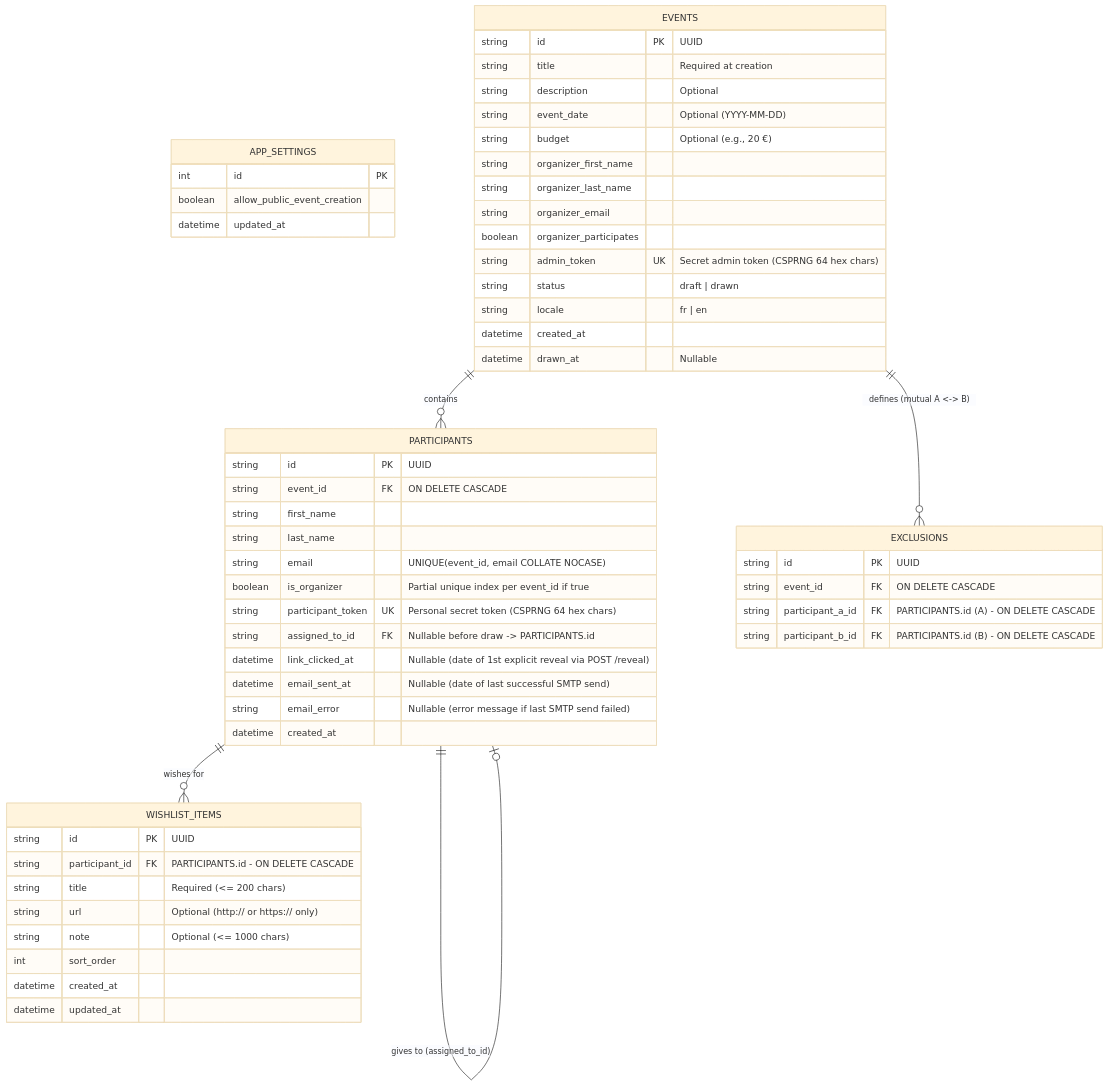
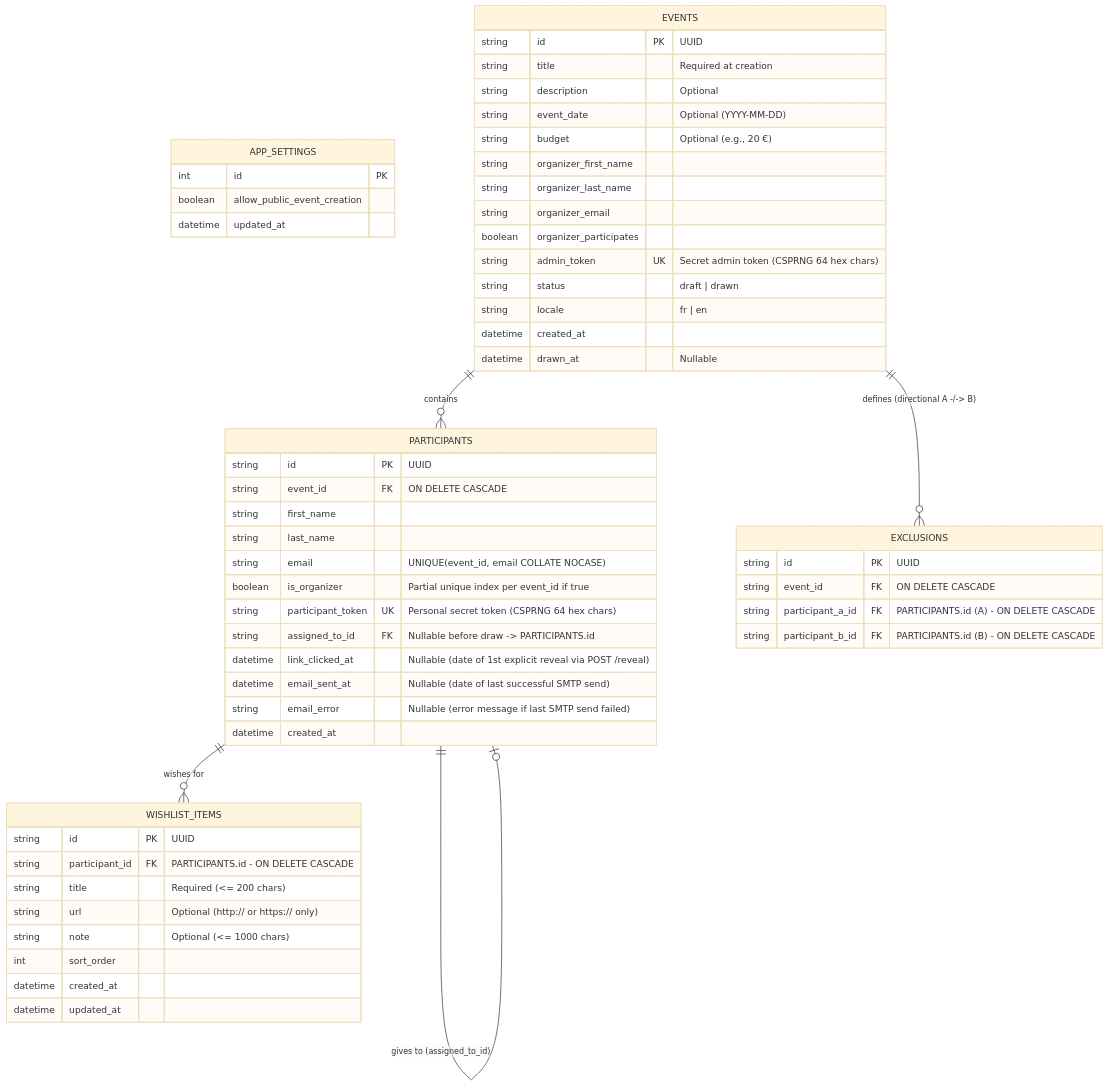
The second of 3 diagrams in SPECIFICATION.md (thom-latt/secret-santa), drawn with Mermaid (base theme) before and after one commit. The commit also changed other lines of this file and 12 other files, not shown here.

First line of the commit message:
feat(exclusions): make exclusions directional with optional reciprocal

````diff
--- a/SPECIFICATION.md
+++ b/SPECIFICATION.md
@@ -64,63 +64,63 @@
 ```mermaid
 erDiagram
     APP_SETTINGS {
         int id PK
         boolean allow_public_event_creation
         datetime updated_at
     }
 
     EVENTS {
         string id PK "UUID"
         string title "Required at creation"
         string description "Optional"
         string event_date "Optional (YYYY-MM-DD)"
         string budget "Optional (e.g., 20 €)"
         string organizer_first_name
         string organizer_last_name
         string organizer_email
         boolean organizer_participates
         string admin_token UK "Secret admin token (CSPRNG 64 hex chars)"
         string status "draft | drawn"
         string locale "fr | en"
         datetime created_at
         datetime drawn_at "Nullable"
     }
 
     PARTICIPANTS {
         string id PK "UUID"
         string event_id FK "ON DELETE CASCADE"
         string first_name
         string last_name
         string email "UNIQUE(event_id, email COLLATE NOCASE)"
         boolean is_organizer "Partial unique index per event_id if true"
         string participant_token UK "Personal secret token (CSPRNG 64 hex chars)"
         string assigned_to_id FK "Nullable before draw -> PARTICIPANTS.id"
         datetime link_clicked_at "Nullable (date of 1st explicit reveal via POST /reveal)"
         datetime email_sent_at "Nullable (date of last successful SMTP send)"
         string email_error "Nullable (error message if last SMTP send failed)"
         datetime created_at
     }
 
     EXCLUSIONS {
         string id PK "UUID"
         string event_id FK "ON DELETE CASCADE"
         string participant_a_id FK "PARTICIPANTS.id (A) - ON DELETE CASCADE"
         string participant_b_id FK "PARTICIPANTS.id (B) - ON DELETE CASCADE"
     }
 
     WISHLIST_ITEMS {
         string id PK "UUID"
         string participant_id FK "PARTICIPANTS.id - ON DELETE CASCADE"
         string title "Required (<= 200 chars)"
         string url "Optional (http:// or https:// only)"
         string note "Optional (<= 1000 chars)"
         int sort_order
         datetime created_at
         datetime updated_at
     }
 
     EVENTS ||--o{ PARTICIPANTS : "contains"
-    EVENTS ||--o{ EXCLUSIONS : "defines (mutual A <-> B)"
+    EVENTS ||--o{ EXCLUSIONS : "defines (directional A -/-> B)"
     PARTICIPANTS ||--o{ WISHLIST_ITEMS : "wishes for"
     PARTICIPANTS ||--o| PARTICIPANTS : "gives to (assigned_to_id)"
 ```
````
